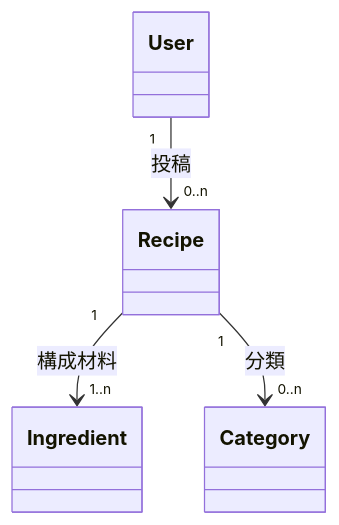
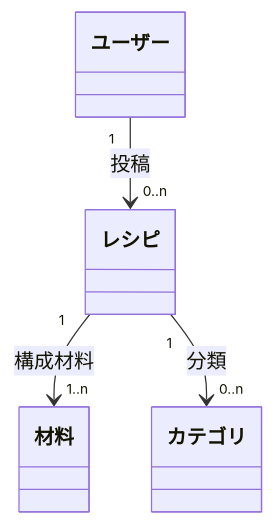
The diagram in .claude/skills/model-based-ui-design/visual-output.md (gn-t-k/nu-tori), drawn with Mermaid before and after one commit. The commit also changed other lines of this file and 5 other files, not shown here.

````diff
--- a/.claude/skills/model-based-ui-design/visual-output.md
+++ b/.claude/skills/model-based-ui-design/visual-output.md
@@ -18,6 +23,10 @@
 ```mermaid
 classDiagram
+  class User["ユーザー"]
+  class Recipe["レシピ"]
+  class Ingredient["材料"]
+  class Category["カテゴリ"]
   User "1" --> "0..n" Recipe : 投稿
   Recipe "1" --> "1..n" Ingredient : 構成材料
   Recipe "1" --> "0..n" Category : 分類
 ```
````
